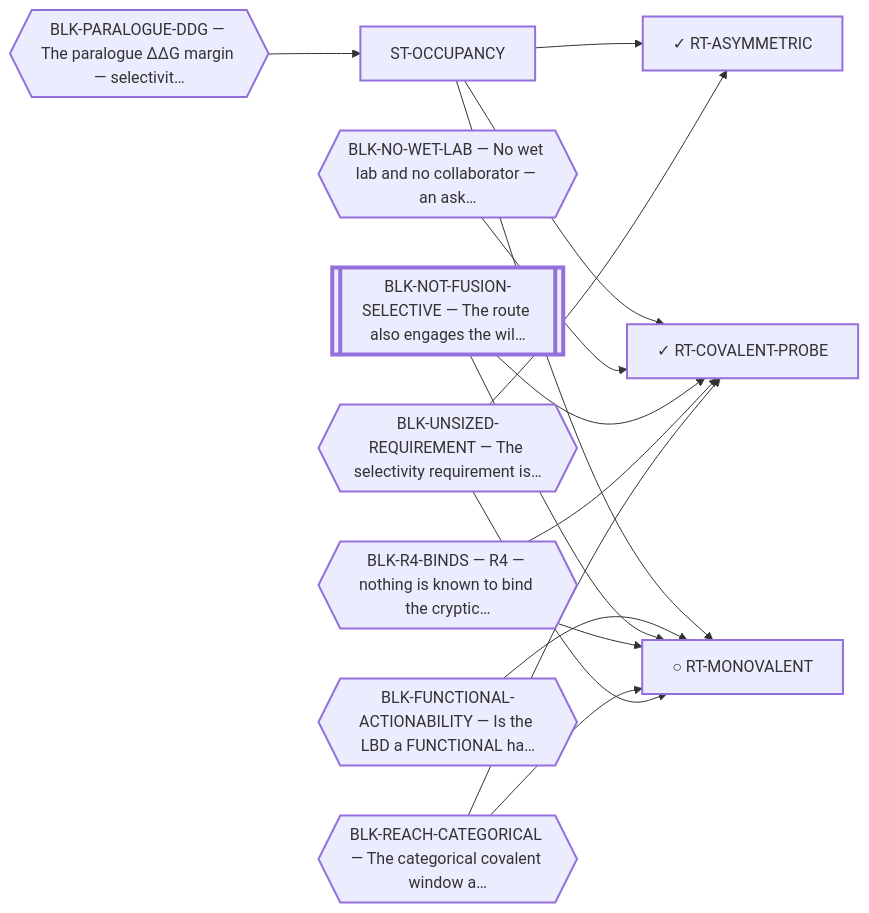
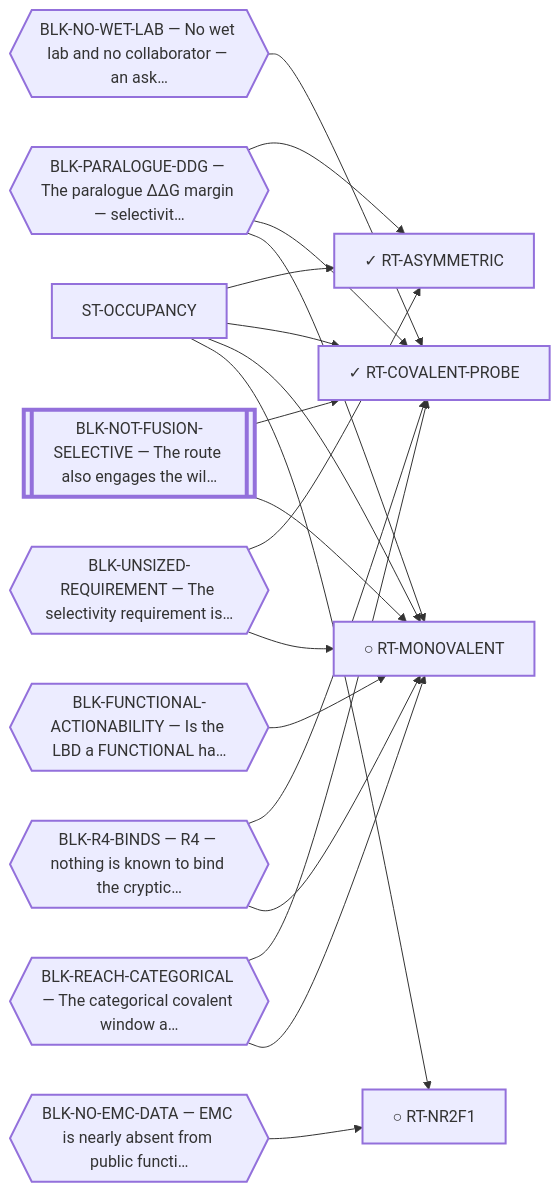
The diagram in systems/views/L1-st-occupancy.md (trimcrae/Rare-cancers), drawn with Mermaid before and after one commit. The commit also changed other lines of this file and 43 other files, not shown here.

````diff
--- a/systems/views/L1-st-occupancy.md
+++ b/systems/views/L1-st-occupancy.md
@@ -35,33 +35,39 @@
 ```mermaid
 flowchart LR
   ST_OCCUPANCY["ST-OCCUPANCY"]:::fam
   RT_ASYMMETRIC["✓ RT-ASYMMETRIC"]:::fam
   ST_OCCUPANCY --> RT_ASYMMETRIC
   RT_COVALENT_PROBE["✓ RT-COVALENT-PROBE"]:::fam
   ST_OCCUPANCY --> RT_COVALENT_PROBE
   RT_MONOVALENT["○ RT-MONOVALENT"]:::fam
   ST_OCCUPANCY --> RT_MONOVALENT
+  RT_NR2F1["○ RT-NR2F1"]:::fam
+  ST_OCCUPANCY --> RT_NR2F1
 
-  BLK_PARALOGUE_DDG{{"BLK-PARALOGUE-DDG — The paralogue ΔΔG margin — selectivit…"}}:::blk
-  BLK_PARALOGUE_DDG --> ST_OCCUPANCY
   BLK_FUNCTIONAL_ACTIONABILITY{{"BLK-FUNCTIONAL-ACTIONABILITY — Is the LBD a FUNCTIONAL ha…"}}:::blk
   BLK_FUNCTIONAL_ACTIONABILITY --> RT_MONOVALENT
+  BLK_NO_EMC_DATA{{"BLK-NO-EMC-DATA — EMC is nearly absent from public functi…"}}:::blk
+  BLK_NO_EMC_DATA --> RT_NR2F1
   BLK_NO_WET_LAB{{"BLK-NO-WET-LAB — No wet lab and no collaborator — an ask…"}}:::blk
   BLK_NO_WET_LAB --> RT_COVALENT_PROBE
   BLK_NOT_FUSION_SELECTIVE[["BLK-NOT-FUSION-SELECTIVE — The route also engages the wil…"]]:::perm
   BLK_NOT_FUSION_SELECTIVE --> RT_COVALENT_PROBE
   BLK_NOT_FUSION_SELECTIVE --> RT_MONOVALENT
+  BLK_PARALOGUE_DDG{{"BLK-PARALOGUE-DDG — The paralogue ΔΔG margin — selectivit…"}}:::blk
+  BLK_PARALOGUE_DDG --> RT_ASYMMETRIC
+  BLK_PARALOGUE_DDG --> RT_COVALENT_PROBE
+  BLK_PARALOGUE_DDG --> RT_MONOVALENT
   BLK_R4_BINDS{{"BLK-R4-BINDS — R4 — nothing is known to bind the cryptic…"}}:::blk
   BLK_R4_BINDS --> RT_COVALENT_PROBE
   BLK_R4_BINDS --> RT_MONOVALENT
   BLK_REACH_CATEGORICAL{{"BLK-REACH-CATEGORICAL — The categorical covalent window a…"}}:::blk
   BLK_REACH_CATEGORICAL --> RT_COVALENT_PROBE
   BLK_REACH_CATEGORICAL --> RT_MONOVALENT
   BLK_UNSIZED_REQUIREMENT{{"BLK-UNSIZED-REQUIREMENT — The selectivity requirement is…"}}:::blk
   BLK_UNSIZED_REQUIREMENT --> RT_ASYMMETRIC
   BLK_UNSIZED_REQUIREMENT --> RT_MONOVALENT
   classDef fam stroke-width:2px;
   classDef blk stroke-width:2px;
   classDef perm stroke-width:4px;
   classDef tech stroke-width:1px,stroke-dasharray:4 3;
 ```
````
